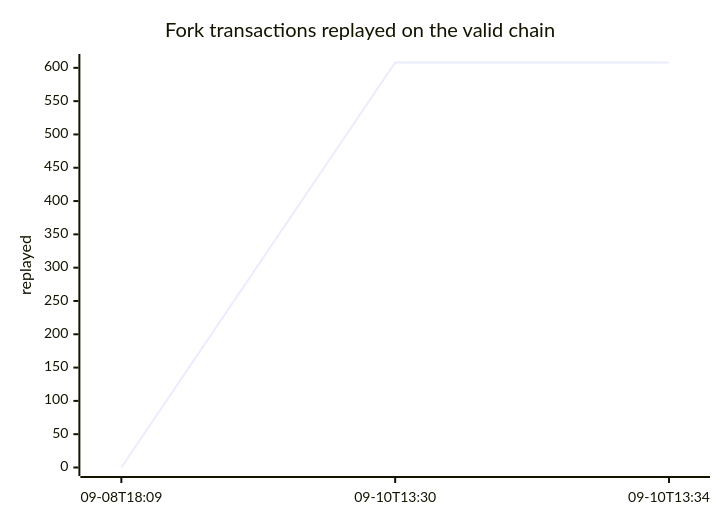
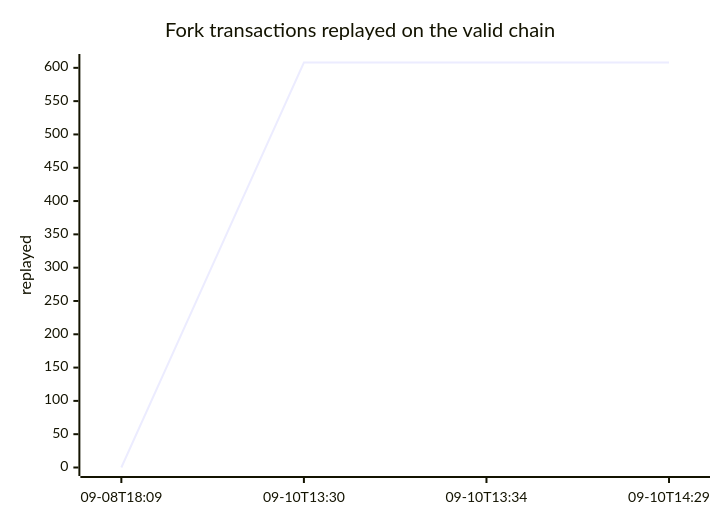
Before and after one commit to orangesurf/liquid-transaction-replay-monitor: the first of 2 diagrams in README.md, drawn with Mermaid. The commit also changed other lines of this file and 2 other files, not shown here.

````diff
--- a/README.md
+++ b/README.md
@@ -24,7 +24,7 @@
 ```mermaid
 xychart-beta
     title "Fork transactions replayed on the valid chain"
-    x-axis ["09-08T18:09", "09-10T13:30", "09-10T13:34"]
+    x-axis ["09-08T18:09", "09-10T13:30", "09-10T13:34", "09-10T14:29"]
     y-axis "replayed" 0 --> 608
-    line [0, 608, 608]
+    line [0, 608, 608, 608]
 ```
````
